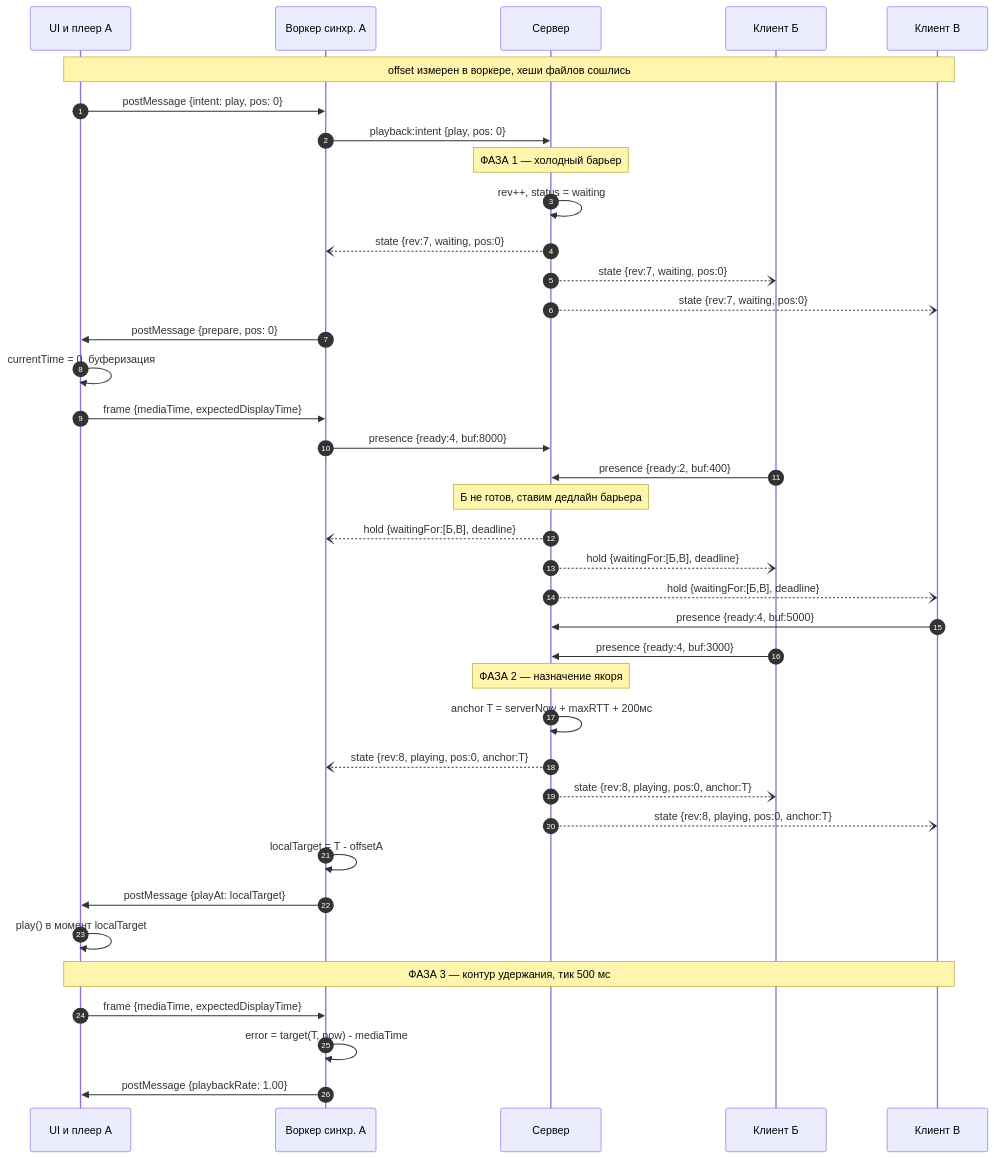
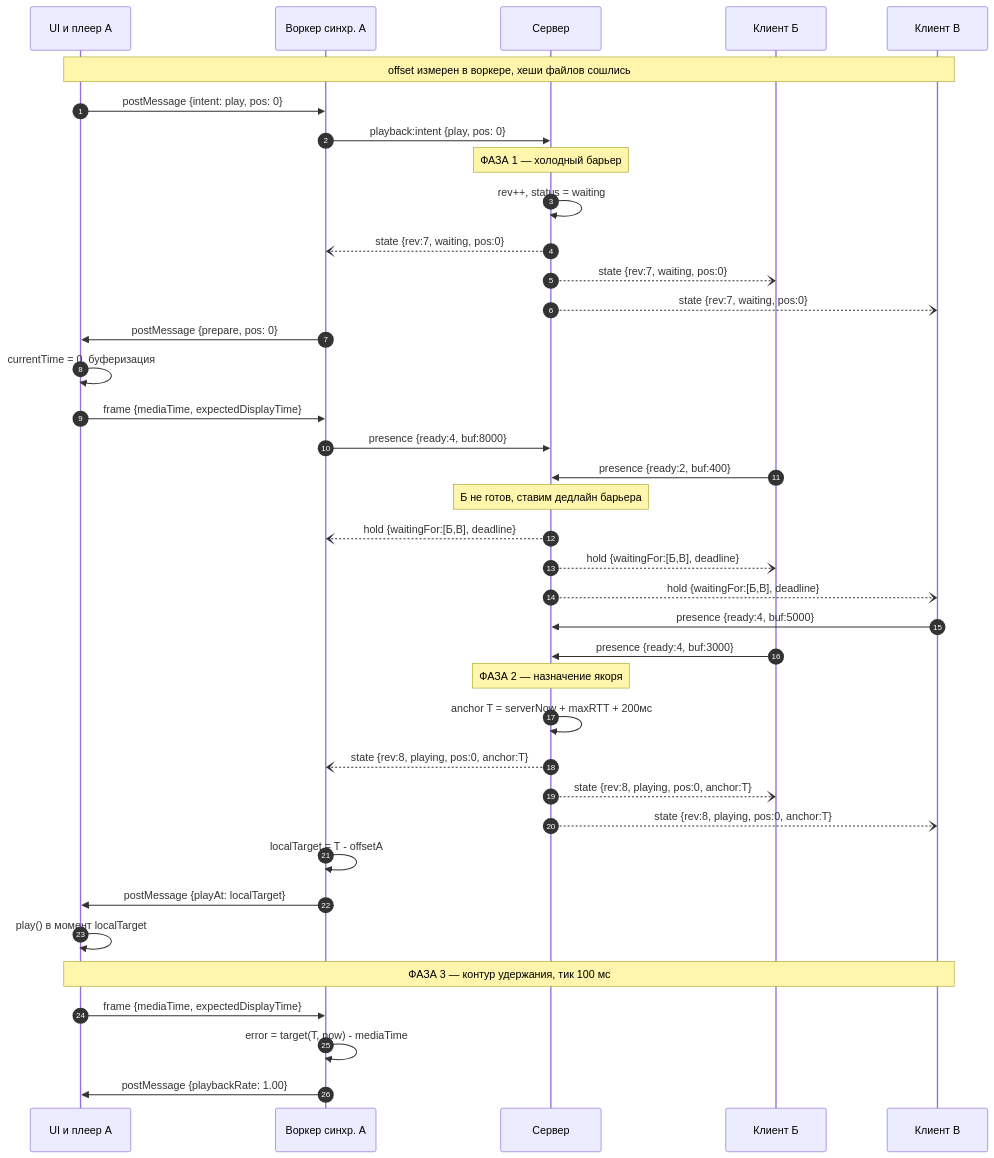
One commit to trybenon/web-dev changed the diagram in docs/sync-start.md. Above: the diagram before and after it, drawn with Mermaid. The commit also changed other lines of this file and 6 other files, not shown here.

````diff
--- a/docs/sync-start.md
+++ b/docs/sync-start.md
@@ -4,40 +4,40 @@
 ```mermaid
 sequenceDiagram
     autonumber
     participant UA as UI и плеер А
     participant WA as Воркер синхр. А
     participant S as Сервер
     participant B as Клиент Б
     participant C as Клиент В
     Note over UA,C: offset измерен в воркере, хеши файлов сошлись
     UA->>WA: postMessage {intent: play, pos: 0}
     WA->>S: playback:intent {play, pos: 0}
     Note over S: ФАЗА 1 — холодный барьер
     S->>S: rev++, status = waiting
     S--)WA: state {rev:7, waiting, pos:0}
     S--)B: state {rev:7, waiting, pos:0}
     S--)C: state {rev:7, waiting, pos:0}
     WA->>UA: postMessage {prepare, pos: 0}
     UA->>UA: currentTime = 0, буферизация
     UA->>WA: frame {mediaTime, expectedDisplayTime}
     WA->>S: presence {ready:4, buf:8000}
     B->>S: presence {ready:2, buf:400}
     Note over S: Б не готов, ставим дедлайн барьера
     S--)WA: hold {waitingFor:[Б,В], deadline}
     S--)B: hold {waitingFor:[Б,В], deadline}
     S--)C: hold {waitingFor:[Б,В], deadline}
     C->>S: presence {ready:4, buf:5000}
     B->>S: presence {ready:4, buf:3000}
     Note over S: ФАЗА 2 — назначение якоря
     S->>S: anchor T = serverNow + maxRTT + 200мс
     S--)WA: state {rev:8, playing, pos:0, anchor:T}
     S--)B: state {rev:8, playing, pos:0, anchor:T}
     S--)C: state {rev:8, playing, pos:0, anchor:T}
     WA->>WA: localTarget = T - offsetA
     WA->>UA: postMessage {playAt: localTarget}
     UA->>UA: play() в момент localTarget
-    Note over UA,C: ФАЗА 3 — контур удержания, тик 500 мс
+    Note over UA,C: ФАЗА 3 — контур удержания, тик 100 мс
     UA->>WA: frame {mediaTime, expectedDisplayTime}
     WA->>WA: error = target(T, now) - mediaTime
     WA->>UA: postMessage {playbackRate: 1.00}
 ```
````
